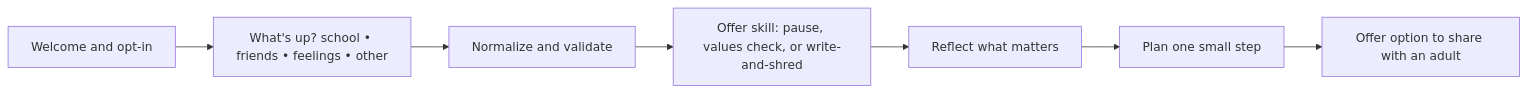
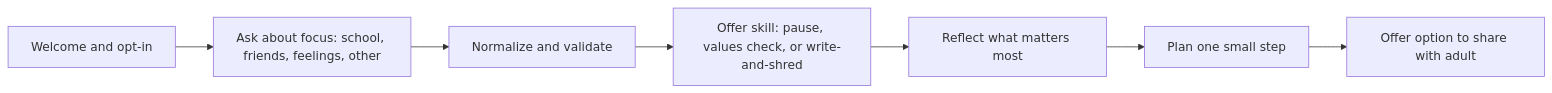
The diagram in 04-teen-support/README.md (clarejordan/Conversational-Design-Portfolio), drawn with Mermaid before and after one commit. The commit also changed other lines of this file, not shown here.

````diff
--- a/04-teen-support/README.md
+++ b/04-teen-support/README.md
@@ -12,9 +10,9 @@
 ```mermaid
 flowchart LR
-  A[Welcome and opt-in] --> B[What's up? school • friends • feelings • other]
+  A[Welcome and opt-in] --> B[Ask about focus: school, friends, feelings, other]
   B --> C[Normalize and validate]
   C --> D[Offer skill: pause, values check, or write-and-shred]
-  D --> E[Reflect what matters]
+  D --> E[Reflect what matters most]
   E --> F[Plan one small step]
-  F --> G[Offer option to share with an adult]
+  F --> G[Offer option to share with adult]
 ```
````
